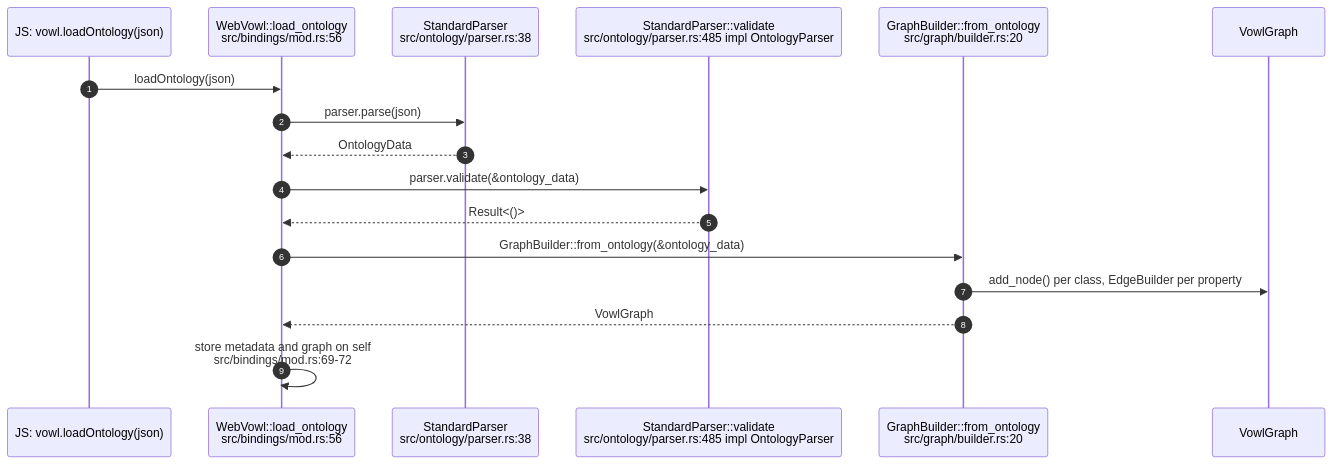
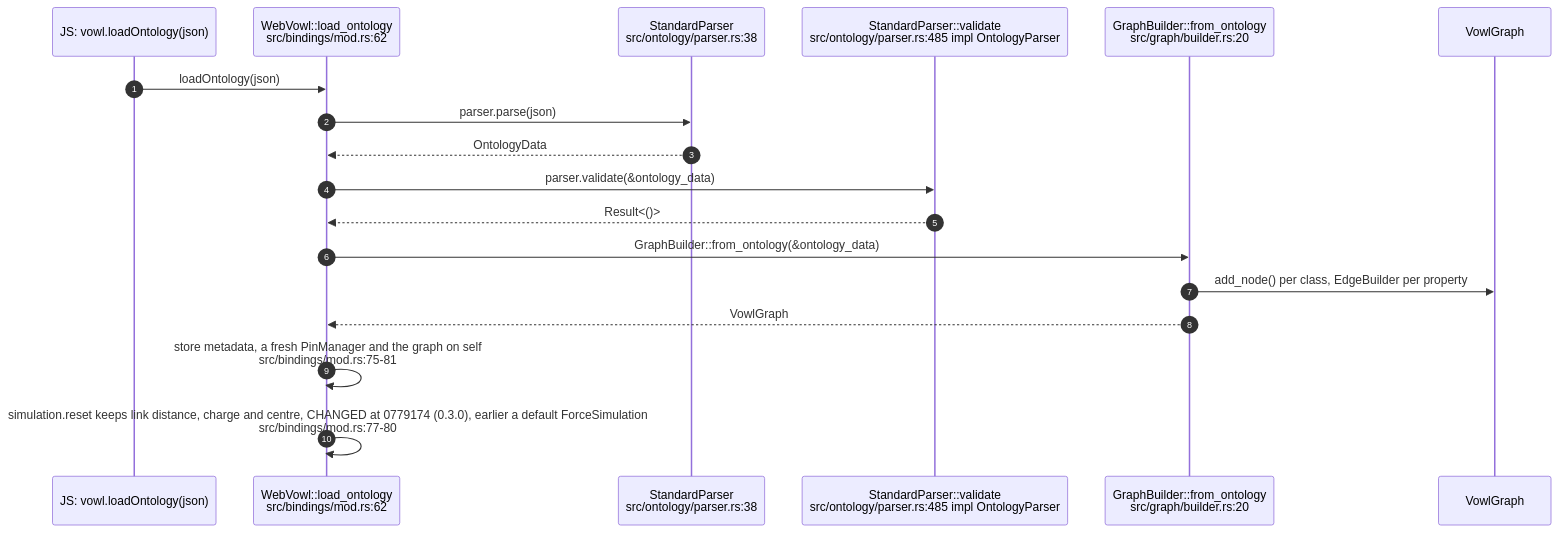
The first of 5 diagrams in docs/diagrams/vowl-wasm/02-owl-parse-to-graph-model.md (DreamLab-AI/VisionFlow), drawn with Mermaid before and after one commit. The commit also changed other lines of this file and 5 other files, not shown here.

First line of the commit message:
docs(diagrams): vowl-wasm re-verified at v0.4.0 (0779174)

````diff
--- a/docs/diagrams/vowl-wasm/02-owl-parse-to-graph-model.md
+++ b/docs/diagrams/vowl-wasm/02-owl-parse-to-graph-model.md
@@ -26,19 +26,20 @@
 ```mermaid
 sequenceDiagram
     autonumber
     participant JS as JS: vowl.loadOntology(json)
-    participant WV as WebVowl::load_ontology<br/>src/bindings/mod.rs:56
+    participant WV as WebVowl::load_ontology<br/>src/bindings/mod.rs:62
     participant SP as StandardParser<br/>src/ontology/parser.rs:38
     participant OV as StandardParser::validate<br/>src/ontology/parser.rs:485 impl OntologyParser
     participant GB as GraphBuilder::from_ontology<br/>src/graph/builder.rs:20
     participant G as VowlGraph
     JS->>WV: loadOntology(json)
     WV->>SP: parser.parse(json)
     SP-->>WV: OntologyData
     WV->>OV: parser.validate(&ontology_data)
     OV-->>WV: Result<()>
     WV->>GB: GraphBuilder::from_ontology(&ontology_data)
     GB->>G: add_node() per class, EdgeBuilder per property
     GB-->>WV: VowlGraph
-    WV->>WV: store metadata and graph on self<br/>src/bindings/mod.rs:69-72
+    WV->>WV: store metadata, a fresh PinManager and the graph on self<br/>src/bindings/mod.rs:75-81
+    WV->>WV: simulation.reset keeps link distance, charge and centre, CHANGED at 0779174 (0.3.0), earlier a default ForceSimulation<br/>src/bindings/mod.rs:77-80
 ```
````
